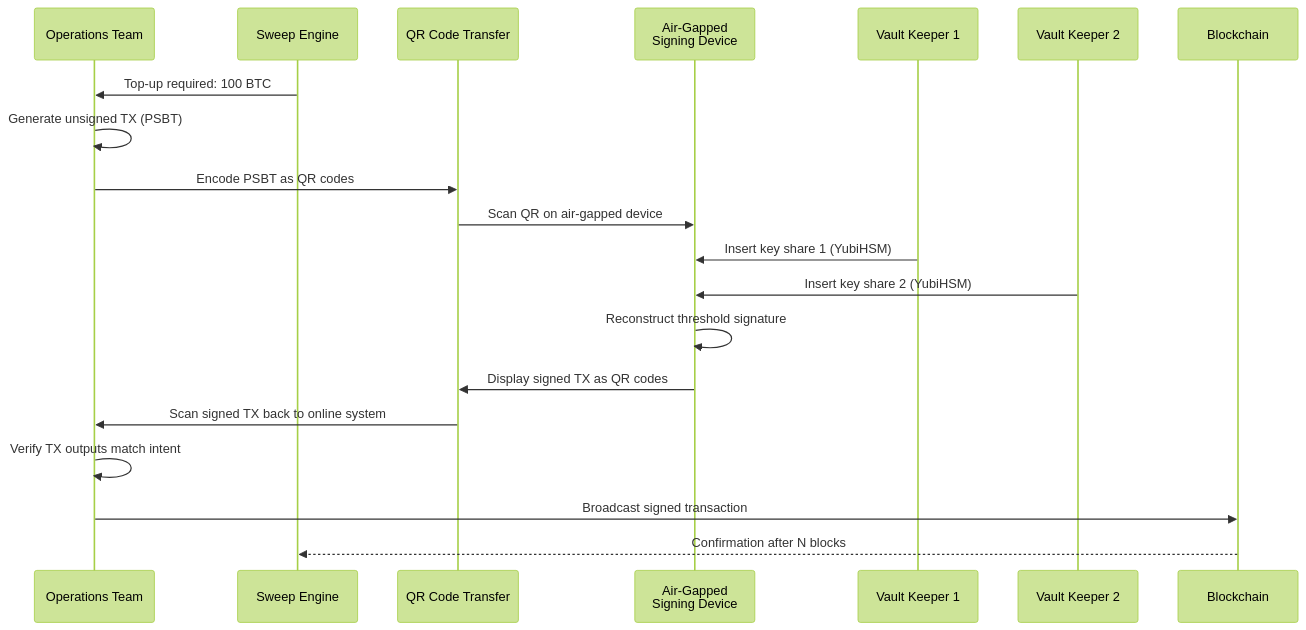
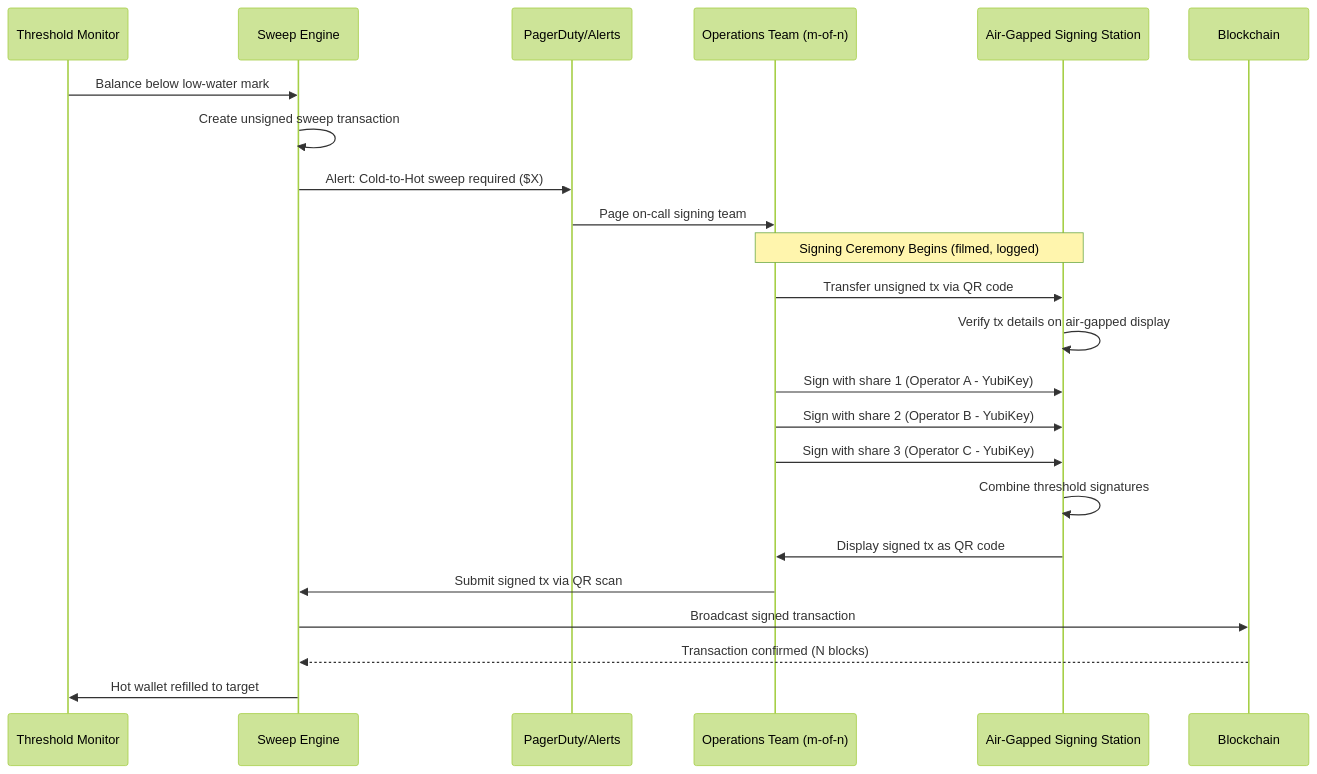
Before and after one commit to ashim-kr-saha/RustTraining: the third of 5 diagrams in digital-asset-custody-book/src/ch01-hot-cold-wallet.md, drawn with Mermaid (forest theme). The commit also changed other lines of this file and 15 other files, not shown here.

````diff
--- a/digital-asset-custody-book/src/ch01-hot-cold-wallet.md
+++ b/digital-asset-custody-book/src/ch01-hot-cold-wallet.md
@@ -359,23 +182,28 @@
 ```mermaid
 sequenceDiagram
-    participant OP as Operations Team
+    participant TM as Threshold Monitor
     participant SE as Sweep Engine
-    participant QR as QR Code Transfer
-    participant AG as Air-Gapped<br/>Signing Device
-    participant V1 as Vault Keeper 1
-    participant V2 as Vault Keeper 2
+    participant PG as PagerDuty/Alerts
+    participant OP as Operations Team (m-of-n)
+    participant AG as Air-Gapped Signing Station
     participant BC as Blockchain
 
-    SE->>OP: Top-up required: 100 BTC
-    OP->>OP: Generate unsigned TX (PSBT)
-    OP->>QR: Encode PSBT as QR codes
-    QR->>AG: Scan QR on air-gapped device
-    V1->>AG: Insert key share 1 (YubiHSM)
-    V2->>AG: Insert key share 2 (YubiHSM)
-    AG->>AG: Reconstruct threshold signature
-    AG->>QR: Display signed TX as QR codes
-    QR->>OP: Scan signed TX back to online system
-    OP->>OP: Verify TX outputs match intent
-    OP->>BC: Broadcast signed transaction
-    BC-->>SE: Confirmation after N blocks
+    TM->>SE: Balance below low-water mark
+    SE->>SE: Create unsigned sweep transaction
+    SE->>PG: Alert: Cold-to-Hot sweep required ($X)
+    PG->>OP: Page on-call signing team
+
+    Note over OP,AG: Signing Ceremony Begins (filmed, logged)
+
+    OP->>AG: Transfer unsigned tx via QR code
+    AG->>AG: Verify tx details on air-gapped display
+    OP->>AG: Sign with share 1 (Operator A - YubiKey)
+    OP->>AG: Sign with share 2 (Operator B - YubiKey)
+    OP->>AG: Sign with share 3 (Operator C - YubiKey)
+    AG->>AG: Combine threshold signatures
+    AG->>OP: Display signed tx as QR code
+    OP->>SE: Submit signed tx via QR scan
+    SE->>BC: Broadcast signed transaction
+    BC-->>SE: Transaction confirmed (N blocks)
+    SE->>TM: Hot wallet refilled to target
 ```
````
